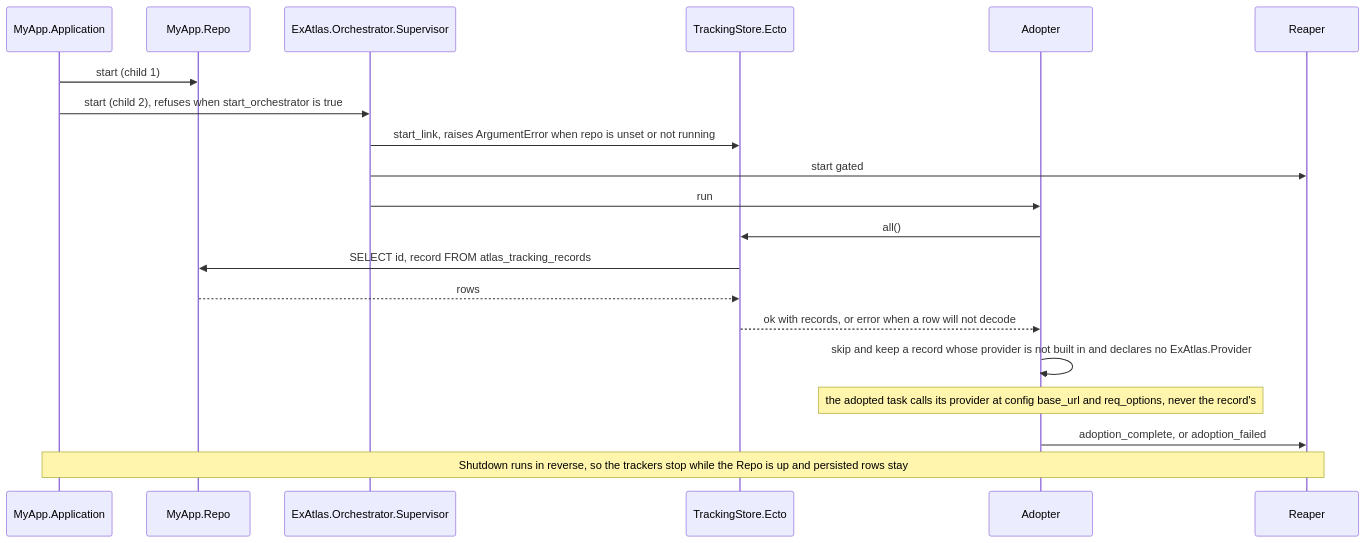
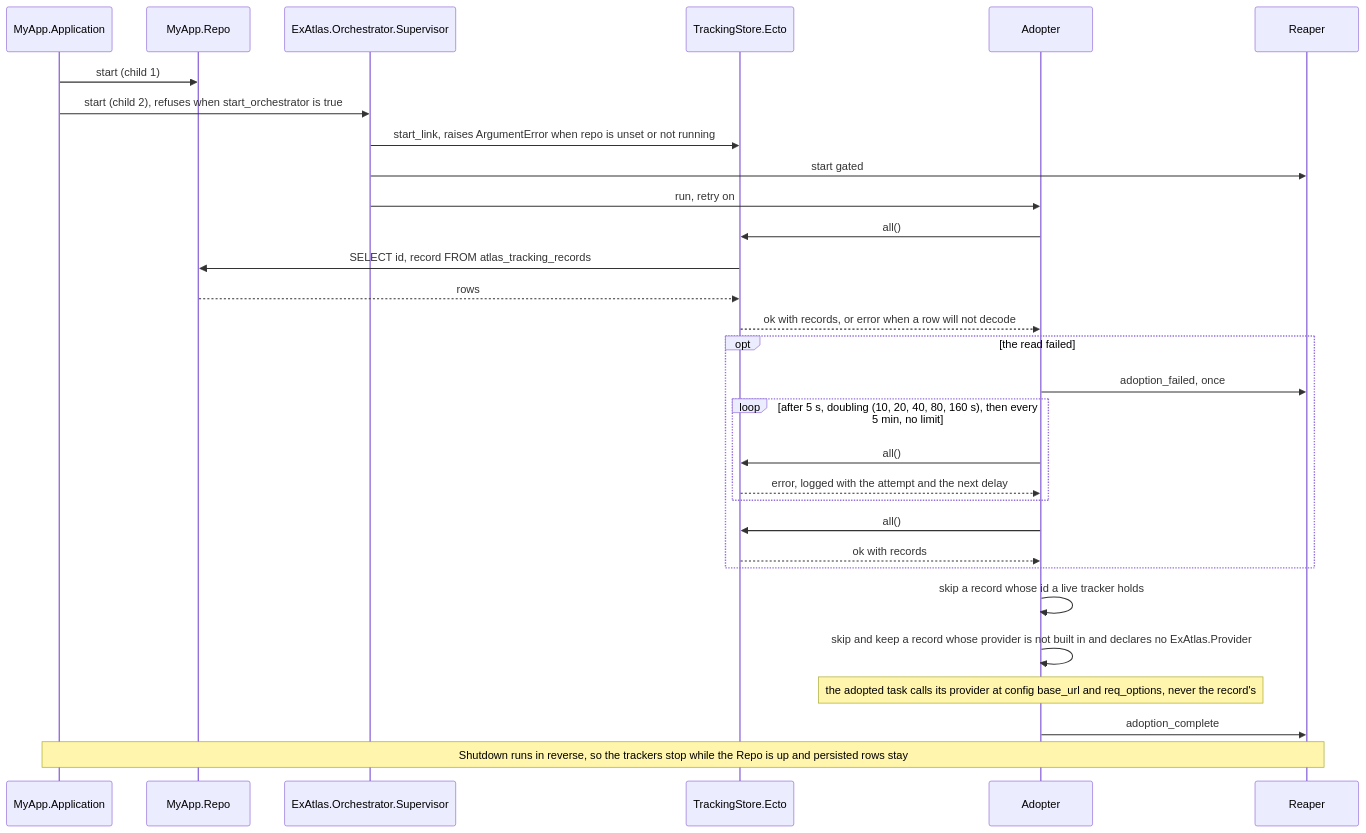
One commit to udin-io/ex_atlas changed the first of 16 diagrams in docs/architecture.md. Above: the diagram before and after it, drawn with Mermaid. The commit also changed other lines of this file and 18 other files, not shown here.

First line of the commit message:
Reaper survives a failed store read, slice 2: the Adopter retries an unreadable tracking store (#160)

````diff
--- a/docs/architecture.md
+++ b/docs/architecture.md
@@ -74,22 +74,32 @@
 ```mermaid
 sequenceDiagram
   participant Host as MyApp.Application
   participant Repo as MyApp.Repo
   participant Sup as ExAtlas.Orchestrator.Supervisor
   participant Store as TrackingStore.Ecto
   participant Adopter as Adopter
   participant Reaper as Reaper
   Host->>Repo: start (child 1)
   Host->>Sup: start (child 2), refuses when start_orchestrator is true
   Sup->>Store: start_link, raises ArgumentError when repo is unset or not running
   Sup->>Reaper: start gated
-  Sup->>Adopter: run
+  Sup->>Adopter: run, retry on
   Adopter->>Store: all()
   Store->>Repo: SELECT id, record FROM atlas_tracking_records
   Repo-->>Store: rows
   Store-->>Adopter: ok with records, or error when a row will not decode
+  opt the read failed
+    Adopter->>Reaper: adoption_failed, once
+    loop after 5 s, doubling (10, 20, 40, 80, 160 s), then every 5 min, no limit
+      Adopter->>Store: all()
+      Store-->>Adopter: error, logged with the attempt and the next delay
+    end
+    Adopter->>Store: all()
+    Store-->>Adopter: ok with records
+  end
+  Adopter->>Adopter: skip a record whose id a live tracker holds
   Adopter->>Adopter: skip and keep a record whose provider is not built in and declares no ExAtlas.Provider
   Note over Adopter: the adopted task calls its provider at config base_url and req_options, never the record's
-  Adopter->>Reaper: adoption_complete, or adoption_failed
+  Adopter->>Reaper: adoption_complete
   Note over Host,Reaper: Shutdown runs in reverse, so the trackers stop while the Repo is up and persisted rows stay
 ```
````
